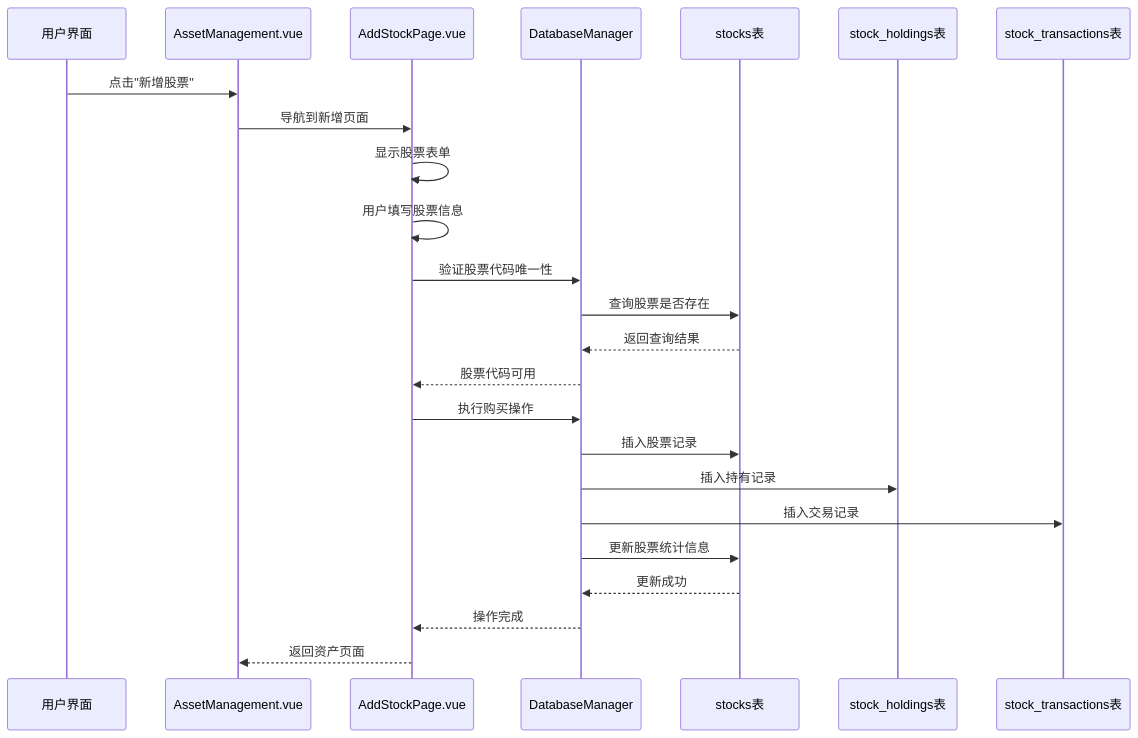
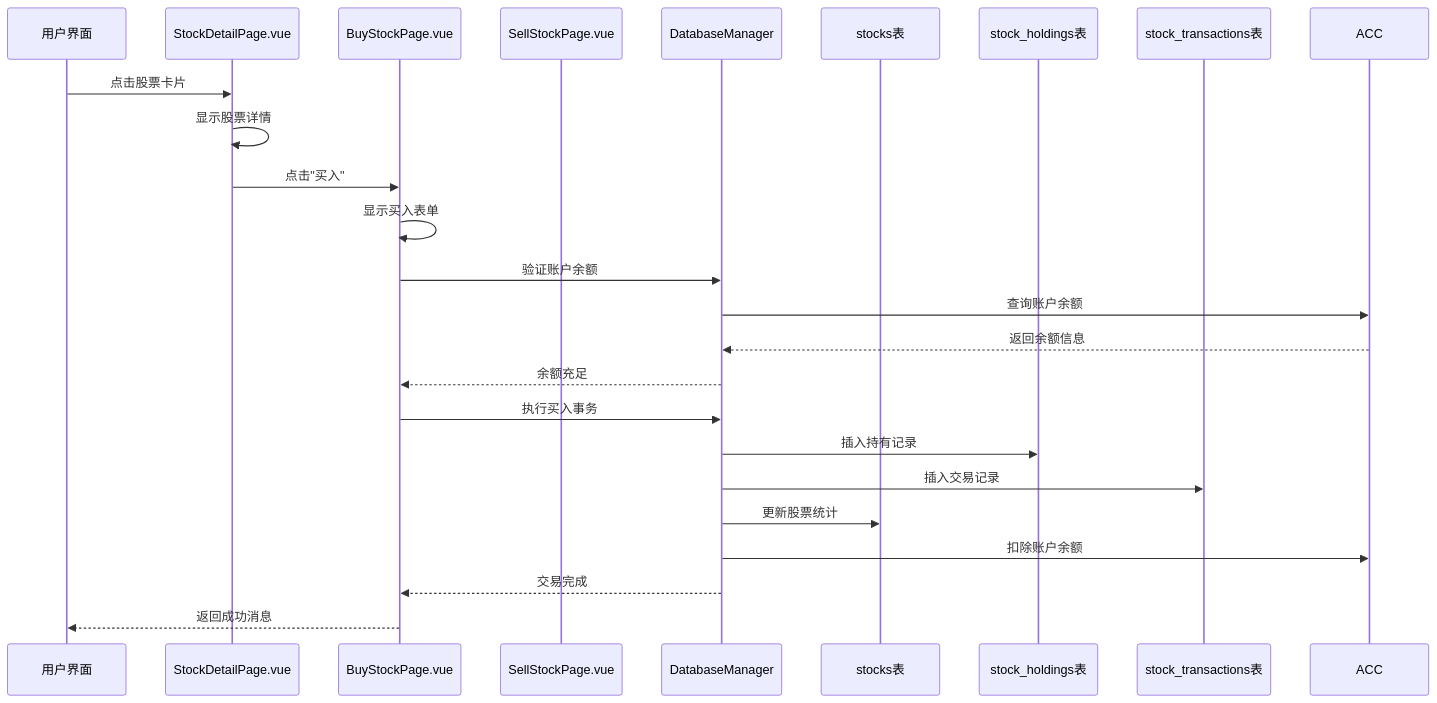
One commit to xiao-lin-unit/yuan changed the second of 11 diagrams in .qoder/repowiki/zh/content/资产管理/股票管理.md. Above: the diagram before and after it, drawn with Mermaid. The commit also changed other lines of this file and 37 other files, not shown here.

````diff
--- a/.qoder/repowiki/zh/content/资产管理/股票管理.md
+++ b/.qoder/repowiki/zh/content/资产管理/股票管理.md
@@ -95,26 +122,26 @@
 ```mermaid
 sequenceDiagram
 participant U as 用户界面
-participant ASP as AssetManagement.vue
-participant ASP2 as AddStockPage.vue
+participant SDP as StockDetailPage.vue
+participant BSP as BuyStockPage.vue
+participant SSP as SellStockPage.vue
 participant DBM as DatabaseManager
 participant ST as stocks表
 participant SH as stock_holdings表
 participant STX as stock_transactions表
-U->>ASP : 点击"新增股票"
-ASP->>ASP2 : 导航到新增页面
-ASP2->>ASP2 : 显示股票表单
-ASP2->>ASP2 : 用户填写股票信息
-ASP2->>DBM : 验证股票代码唯一性
-DBM->>ST : 查询股票是否存在
-ST-->>DBM : 返回查询结果
-DBM-->>ASP2 : 股票代码可用
-ASP2->>DBM : 执行购买操作
-DBM->>ST : 插入股票记录
+U->>SDP : 点击股票卡片
+SDP->>SDP : 显示股票详情
+SDP->>BSP : 点击"买入"
+BSP->>BSP : 显示买入表单
+BSP->>DBM : 验证账户余额
+DBM->>ACC : 查询账户余额
+ACC-->>DBM : 返回余额信息
+DBM-->>BSP : 余额充足
+BSP->>DBM : 执行买入事务
 DBM->>SH : 插入持有记录
 DBM->>STX : 插入交易记录
-DBM->>ST : 更新股票统计信息
-ST-->>DBM : 更新成功
-DBM-->>ASP2 : 操作完成
-ASP2-->>ASP : 返回资产页面
+DBM->>ST : 更新股票统计
+DBM->>ACC : 扣除账户余额
+DBM-->>BSP : 交易完成
+BSP-->>U : 返回成功消息
 ```
````
